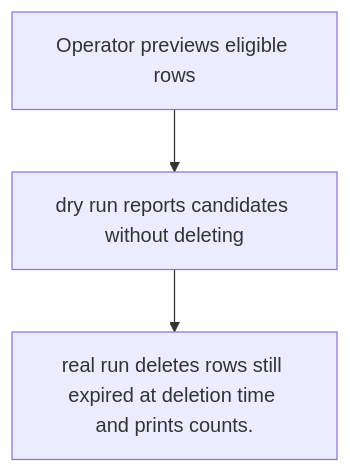
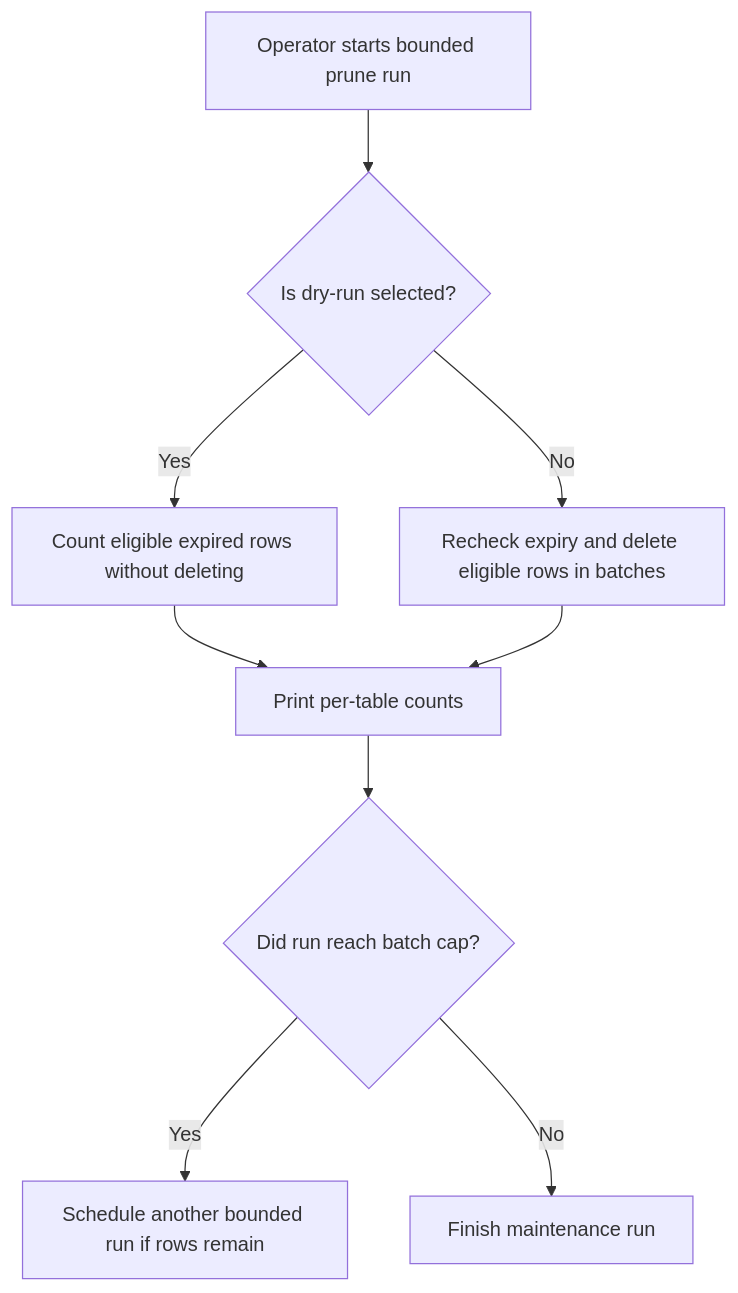
Before and after one commit to Kevinjohn/oss-adonisjs-account-kit: the first of 2 diagrams in user-stories/US-ACCOUNT-33-prune-expired-records.md, drawn with Mermaid. The commit also changed other lines of this file and 29 other files, not shown here.

````diff
--- a/user-stories/US-ACCOUNT-33-prune-expired-records.md
+++ b/user-stories/US-ACCOUNT-33-prune-expired-records.md
@@ -20,8 +18,11 @@
 ```mermaid
 flowchart TD
-    U0["Operator previews eligible rows"]
-    U1["dry run reports candidates without deleting"]
-    U0 --> U1
-    U2["real run deletes rows still expired at deletion time and prints counts."]
-    U1 --> U2
+ A["Operator starts bounded prune run"] --> B{"Is dry-run selected?"}
+ B -->|Yes| C["Count eligible expired rows without deleting"]
+ B -->|No| D["Recheck expiry and delete eligible rows in batches"]
+ C --> E["Print per-table counts"]
+ D --> E
+ E --> F{"Did run reach batch cap?"}
+ F -->|Yes| G["Schedule another bounded run if rows remain"]
+ F -->|No| H["Finish maintenance run"]
 ```
````
